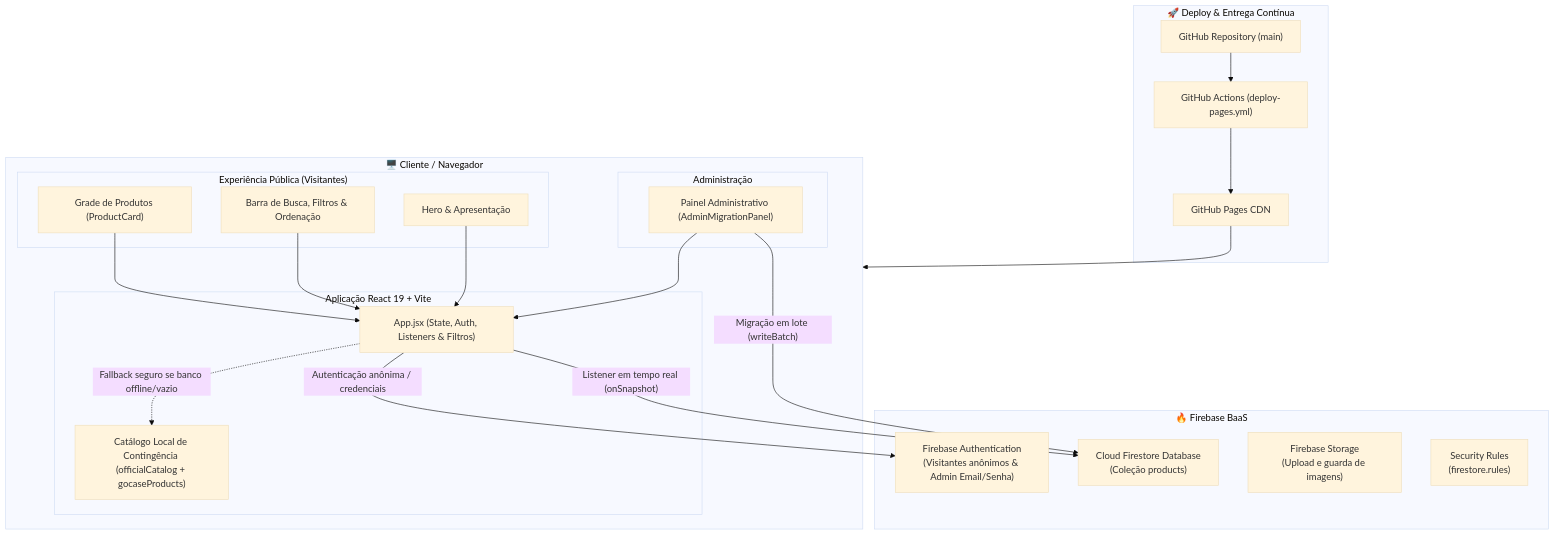
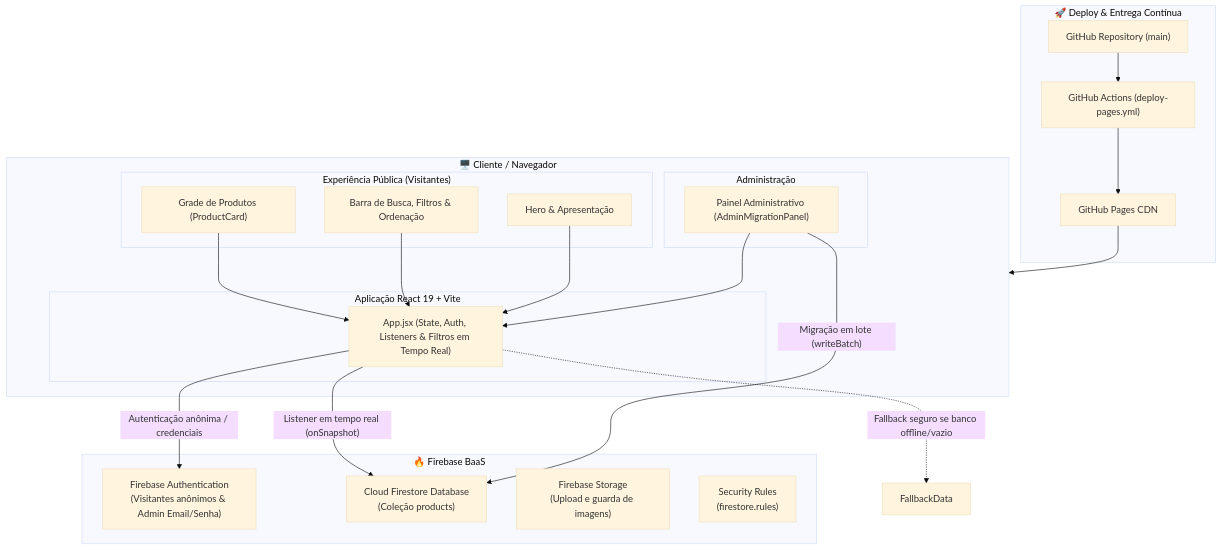
Before and after one commit to michelejoohann/jardim-dos-presentes: the first of 2 diagrams in docs/ARCHITECTURE.md, drawn with Mermaid (base theme). The commit also changed other lines of this file and 8 other files, not shown here.

````diff
--- a/docs/ARCHITECTURE.md
+++ b/docs/ARCHITECTURE.md
@@ -11,44 +11,43 @@
 ```mermaid
 graph TB
     subgraph Client ["🖥️ Cliente / Navegador"]
         subgraph PublicUI ["Experiência Pública (Visitantes)"]
             Hero["Hero & Apresentação"]
             Toolbar["Barra de Busca, Filtros & Ordenação"]
             Grid["Grade de Produtos (ProductCard)"]
         end
         subgraph AdminUI ["Administração"]
             AdminPanel["Painel Administrativo (AdminMigrationPanel)"]
         end
         subgraph CoreApp ["Aplicação React 19 + Vite"]
-            App["App.jsx (State, Auth, Listeners & Filtros)"]
-            FallbackData["Catálogo Local de Contingência (officialCatalog + gocaseProducts)"]
+            App["App.jsx (State, Auth, Listeners & Filtros em Tempo Real)"]
         end
     end
 
     subgraph FirebaseServices ["🔥 Firebase BaaS"]
         Auth["Firebase Authentication<br/>(Visitantes anônimos & Admin Email/Senha)"]
         Firestore["Cloud Firestore Database<br/>(Coleção products)"]
         Storage["Firebase Storage<br/>(Upload e guarda de imagens)"]
         Rules["Security Rules<br/>(firestore.rules)"]
     end
 
     subgraph HostingPipeline ["🚀 Deploy & Entrega Contínua"]
         GHRepo["GitHub Repository (main)"]
         GHActions["GitHub Actions (deploy-pages.yml)"]
         GHPages["GitHub Pages CDN"]
     end
 
     Grid --> App
     Toolbar --> App
     Hero --> App
     AdminPanel --> App
 
     App -- "Autenticação anônima / credenciais" --> Auth
     App -- "Listener em tempo real (onSnapshot)" --> Firestore
     AdminPanel -- "Migração em lote (writeBatch)" --> Firestore
     App -. "Fallback seguro se banco offline/vazio" .-> FallbackData
 
     GHRepo --> GHActions
     GHActions --> GHPages
     GHPages --> Client
 ```
````
